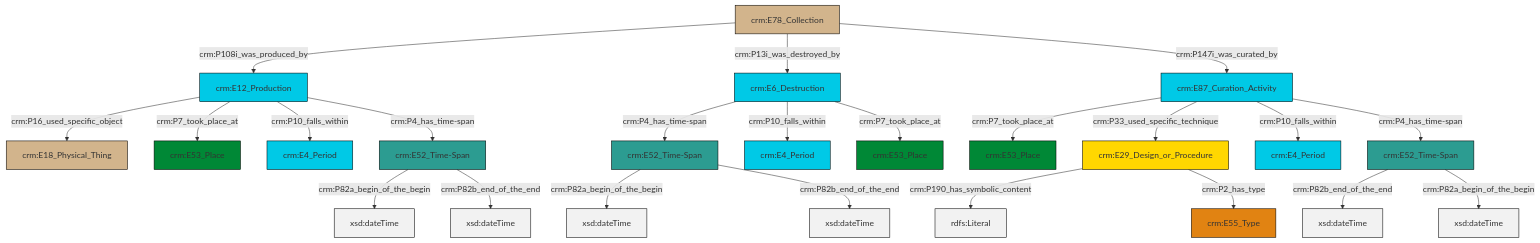
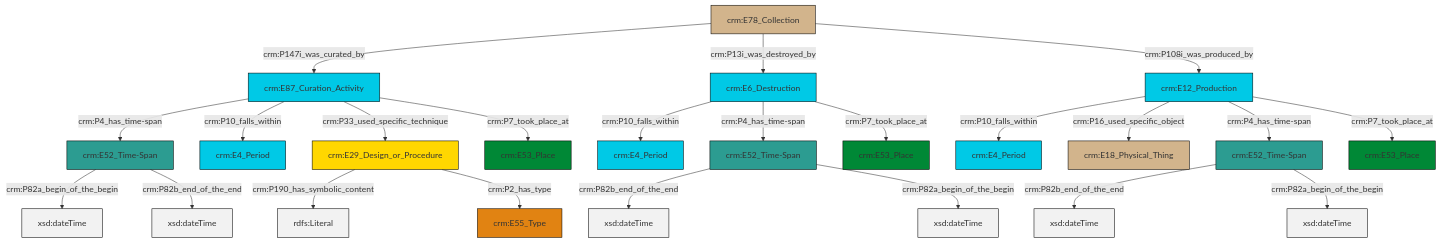
The diagram in et/archivalCSV/ttl/mmd/archival_existence.ttl.mmd (swiss-art-research-net/docs.swissartresearch), drawn with Mermaid before and after one commit. The commit also changed 177 other files, not shown here.

```diff
--- a/et/archivalCSV/ttl/mmd/archival_existence.ttl.mmd
+++ b/et/archivalCSV/ttl/mmd/archival_existence.ttl.mmd
@@ -1,37 +1,37 @@
 graph TD
 classDef Literal fill:#f2f2f2,stroke:#000000;
 classDef CRM_Entity fill:#FFFFFF,stroke:#000000;
 classDef Temporal_Entity fill:#00C9E6, stroke:#000000;
 classDef Type fill:#E18312, stroke:#000000;
 classDef Time-Span fill:#2C9C91, stroke:#000000;
 classDef Appellation fill:#FFEB7F, stroke:#000000;
 classDef Place fill:#008836, stroke:#000000;
 classDef Persistent_Item fill:#B266B2, stroke:#000000;
 classDef Conceptual_Object fill:#FFD700, stroke:#000000;
 classDef Physical_Thing fill:#D2B48C, stroke:#000000;
 classDef Actor fill:#f58aad, stroke:#000000;
 classDef PC_Classes fill:#4ce600, stroke:#000000;
 classDef Multi fill:#cccccc,stroke:#000000;
 
-4["crm:E52_Time-Span"]:::Time-Span -->|crm:P82a_begin_of_the_begin| 5[xsd:dateTime]:::Literal
-6["crm:E6_Destruction"]:::Temporal_Entity -->|crm:P4_has_time-span| 7["crm:E52_Time-Span"]:::Time-Span
-12["crm:E78_Collection"]:::Physical_Thing -->|crm:P108i_was_produced_by| 16["crm:E12_Production"]:::Temporal_Entity
-7["crm:E52_Time-Span"]:::Time-Span -->|crm:P82a_begin_of_the_begin| 19[xsd:dateTime]:::Literal
-2["crm:E87_Curation_Activity"]:::Temporal_Entity -->|crm:P7_took_place_at| 8["crm:E53_Place"]:::Place
-12["crm:E78_Collection"]:::Physical_Thing -->|crm:P13i_was_destroyed_by| 6["crm:E6_Destruction"]:::Temporal_Entity
-14["crm:E52_Time-Span"]:::Time-Span -->|crm:P82b_end_of_the_end| 23[xsd:dateTime]:::Literal
-10["crm:E29_Design_or_Procedure"]:::Conceptual_Object -->|crm:P190_has_symbolic_content| 24[rdfs:Literal]:::Literal
-12["crm:E78_Collection"]:::Physical_Thing -->|crm:P147i_was_curated_by| 2["crm:E87_Curation_Activity"]:::Temporal_Entity
-14["crm:E52_Time-Span"]:::Time-Span -->|crm:P82a_begin_of_the_begin| 29[xsd:dateTime]:::Literal
-16["crm:E12_Production"]:::Temporal_Entity -->|crm:P16_used_specific_object| 27["crm:E18_Physical_Thing"]:::Physical_Thing
-7["crm:E52_Time-Span"]:::Time-Span -->|crm:P82b_end_of_the_end| 35[xsd:dateTime]:::Literal
-2["crm:E87_Curation_Activity"]:::Temporal_Entity -->|crm:P33_used_specific_technique| 10["crm:E29_Design_or_Procedure"]:::Conceptual_Object
-6["crm:E6_Destruction"]:::Temporal_Entity -->|crm:P10_falls_within| 31["crm:E4_Period"]:::Temporal_Entity
-16["crm:E12_Production"]:::Temporal_Entity -->|crm:P7_took_place_at| 21["crm:E53_Place"]:::Place
-10["crm:E29_Design_or_Procedure"]:::Conceptual_Object -->|crm:P2_has_type| 36["crm:E55_Type"]:::Type
-6["crm:E6_Destruction"]:::Temporal_Entity -->|crm:P7_took_place_at| 17["crm:E53_Place"]:::Place
-16["crm:E12_Production"]:::Temporal_Entity -->|crm:P10_falls_within| 0["crm:E4_Period"]:::Temporal_Entity
-16["crm:E12_Production"]:::Temporal_Entity -->|crm:P4_has_time-span| 4["crm:E52_Time-Span"]:::Time-Span
-2["crm:E87_Curation_Activity"]:::Temporal_Entity -->|crm:P10_falls_within| 25["crm:E4_Period"]:::Temporal_Entity
-4["crm:E52_Time-Span"]:::Time-Span -->|crm:P82b_end_of_the_end| 38[xsd:dateTime]:::Literal
-2["crm:E87_Curation_Activity"]:::Temporal_Entity -->|crm:P4_has_time-span| 14["crm:E52_Time-Span"]:::Time-Span
+4["crm:E6_Destruction"]:::Temporal_Entity -->|crm:P10_falls_within| 5["crm:E4_Period"]:::Temporal_Entity
+10["crm:E29_Design_or_Procedure"]:::Conceptual_Object -->|crm:P190_has_symbolic_content| 11[rdfs:Literal]:::Literal
+4["crm:E6_Destruction"]:::Temporal_Entity -->|crm:P4_has_time-span| 2["crm:E52_Time-Span"]:::Time-Span
+12["crm:E52_Time-Span"]:::Time-Span -->|crm:P82a_begin_of_the_begin| 13[xsd:dateTime]:::Literal
+14["crm:E12_Production"]:::Temporal_Entity -->|crm:P10_falls_within| 16["crm:E4_Period"]:::Temporal_Entity
+17["crm:E78_Collection"]:::Physical_Thing -->|crm:P147i_was_curated_by| 0["crm:E87_Curation_Activity"]:::Temporal_Entity
+12["crm:E52_Time-Span"]:::Time-Span -->|crm:P82b_end_of_the_end| 18[xsd:dateTime]:::Literal
+17["crm:E78_Collection"]:::Physical_Thing -->|crm:P13i_was_destroyed_by| 4["crm:E6_Destruction"]:::Temporal_Entity
+0["crm:E87_Curation_Activity"]:::Temporal_Entity -->|crm:P4_has_time-span| 12["crm:E52_Time-Span"]:::Time-Span
+6["crm:E52_Time-Span"]:::Time-Span -->|crm:P82b_end_of_the_end| 25[xsd:dateTime]:::Literal
+17["crm:E78_Collection"]:::Physical_Thing -->|crm:P108i_was_produced_by| 14["crm:E12_Production"]:::Temporal_Entity
+6["crm:E52_Time-Span"]:::Time-Span -->|crm:P82a_begin_of_the_begin| 29[xsd:dateTime]:::Literal
+0["crm:E87_Curation_Activity"]:::Temporal_Entity -->|crm:P10_falls_within| 20["crm:E4_Period"]:::Temporal_Entity
+2["crm:E52_Time-Span"]:::Time-Span -->|crm:P82b_end_of_the_end| 30[xsd:dateTime]:::Literal
+14["crm:E12_Production"]:::Temporal_Entity -->|crm:P16_used_specific_object| 26["crm:E18_Physical_Thing"]:::Physical_Thing
+14["crm:E12_Production"]:::Temporal_Entity -->|crm:P4_has_time-span| 6["crm:E52_Time-Span"]:::Time-Span
+0["crm:E87_Curation_Activity"]:::Temporal_Entity -->|crm:P33_used_specific_technique| 10["crm:E29_Design_or_Procedure"]:::Conceptual_Object
+14["crm:E12_Production"]:::Temporal_Entity -->|crm:P7_took_place_at| 23["crm:E53_Place"]:::Place
+2["crm:E52_Time-Span"]:::Time-Span -->|crm:P82a_begin_of_the_begin| 35[xsd:dateTime]:::Literal
+10["crm:E29_Design_or_Procedure"]:::Conceptual_Object -->|crm:P2_has_type| 32["crm:E55_Type"]:::Type
+4["crm:E6_Destruction"]:::Temporal_Entity -->|crm:P7_took_place_at| 36["crm:E53_Place"]:::Place
+0["crm:E87_Curation_Activity"]:::Temporal_Entity -->|crm:P7_took_place_at| 8["crm:E53_Place"]:::Place
```
